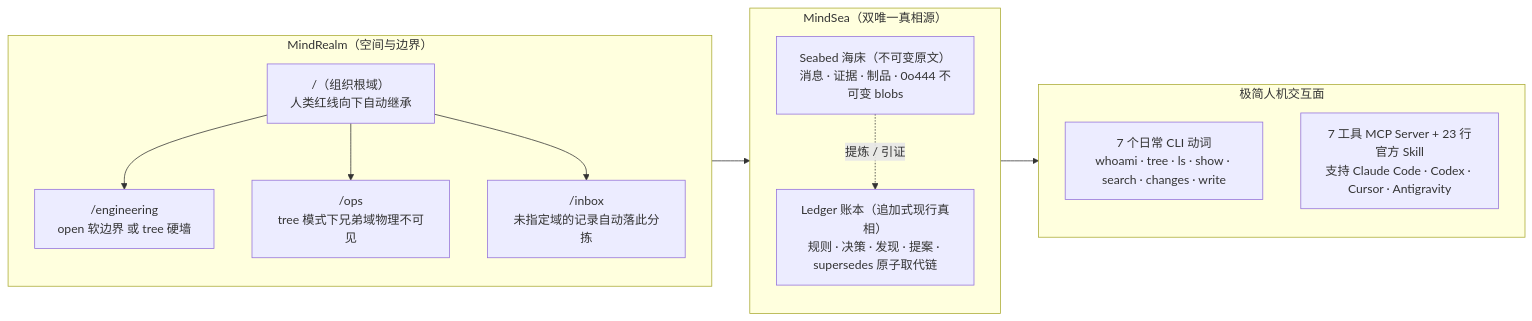
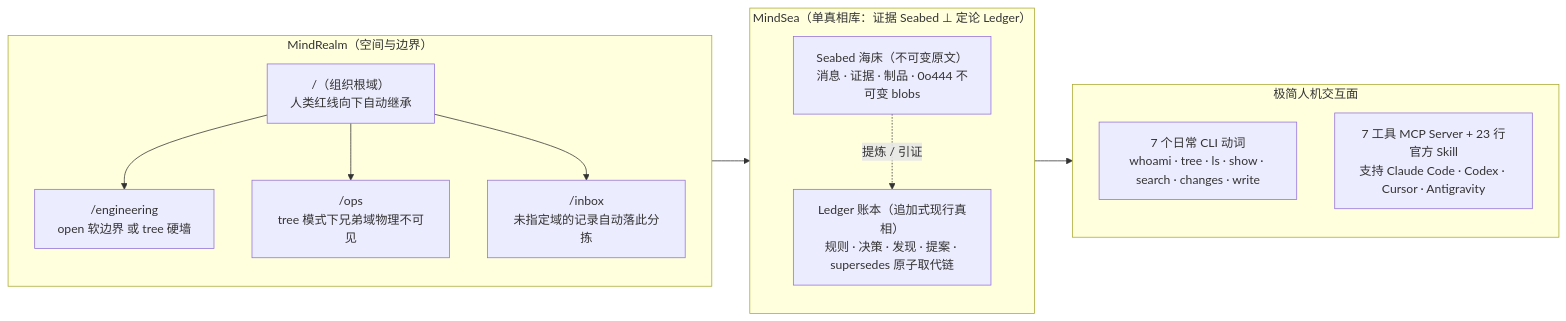
Before and after one commit to Matthewoho/meru-mind: the diagram in README.zh-CN.md, drawn with Mermaid. The commit also changed other lines of this file and 2 other files, not shown here.

Commit message:
docs: unify MindSea wording to single truth store layered into Evidence (Seabed) and Conclusions (Ledger)

````diff
--- a/README.zh-CN.md
+++ b/README.zh-CN.md
@@ -9,25 +9,25 @@
 ```mermaid
 flowchart LR
     subgraph REALM["MindRealm（空间与边界）"]
         ROOT["/（组织根域）<br/>人类红线向下自动继承"]
         ENG["/engineering<br/>open 软边界 或 tree 硬墙"]
         OPS["/ops<br/>tree 模式下兄弟域物理不可见"]
         INBOX["/inbox<br/>未指定域的记录自动落此分拣"]
         ROOT --> ENG
         ROOT --> OPS
         ROOT --> INBOX
     end
 
-    subgraph SEA["MindSea（双唯一真相源）"]
+    subgraph SEA["MindSea（单真相库：证据 Seabed ⊥ 定论 Ledger）"]
         SEABED["Seabed 海床（不可变原文）<br/>消息 · 证据 · 制品 · 0o444 不可变 blobs"]
         LEDGER["Ledger 账本（追加式现行真相）<br/>规则 · 决策 · 发现 · 提案 · supersedes 原子取代链"]
         SEABED -. "提炼 / 引证" .-> LEDGER
     end
 
     subgraph SURFACE["极简人机交互面"]
         CLI["7 个日常 CLI 动词<br/>whoami · tree · ls · show · search · changes · write"]
         MCP["7 工具 MCP Server + 23 行官方 Skill<br/>支持 Claude Code · Codex · Cursor · Antigravity"]
     end
 
     REALM --> SEA --> SURFACE
 ```
````
